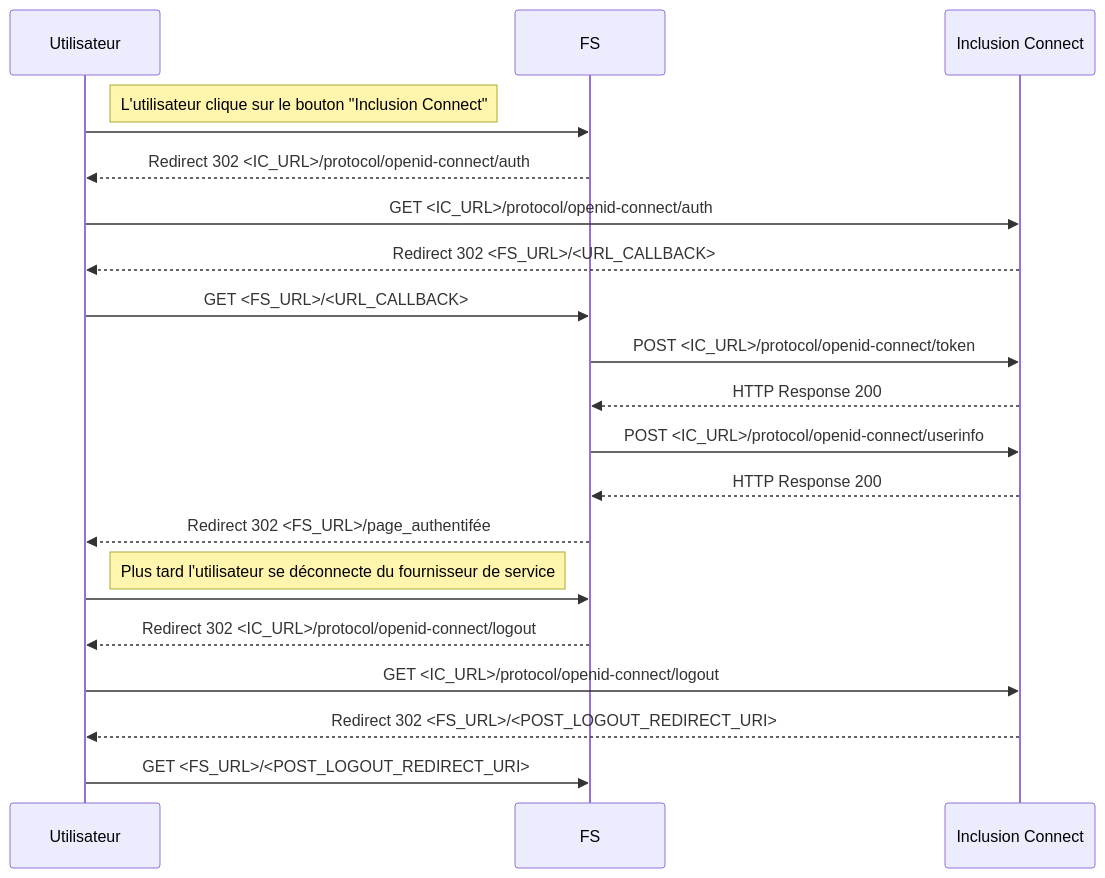
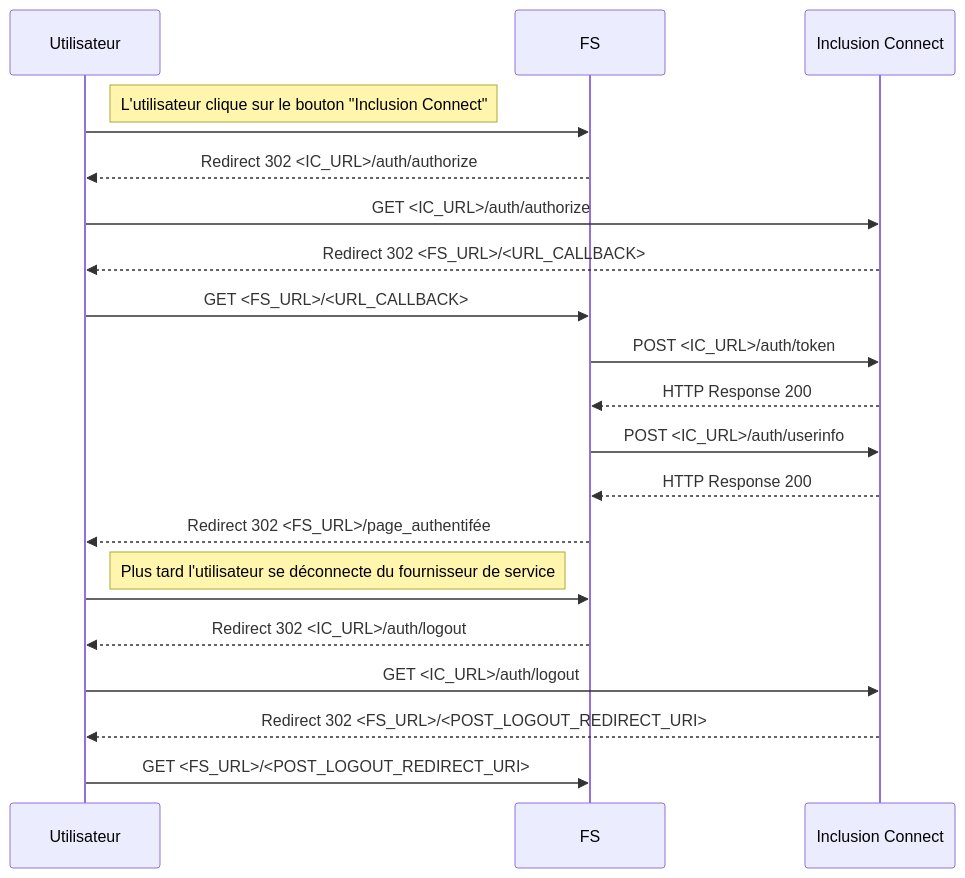
One commit to gip-inclusion/inclusion-connect changed the diagram in docs/inclusion_connect.md. Above: the diagram before and after it, drawn with Mermaid. The commit also changed other lines of this file and 16 other files, not shown here.

````diff
--- a/docs/inclusion_connect.md
+++ b/docs/inclusion_connect.md
@@ -25,20 +30,20 @@
 ```mermaid
 sequenceDiagram
 Note right of Utilisateur: L'utilisateur clique sur le bouton "Inclusion Connect"
 Utilisateur ->> FS: ;
-FS -->> Utilisateur: Redirect 302 <IC_URL>/protocol/openid-connect/auth
-Utilisateur ->> Inclusion Connect: GET <IC_URL>/protocol/openid-connect/auth
+FS -->> Utilisateur: Redirect 302 <IC_URL>/auth/authorize
+Utilisateur ->> Inclusion Connect: GET <IC_URL>/auth/authorize
 Inclusion Connect -->> Utilisateur: Redirect 302 <FS_URL>/<URL_CALLBACK>
 Utilisateur ->> FS: GET <FS_URL>/<URL_CALLBACK>
-FS ->> Inclusion Connect: POST <IC_URL>/protocol/openid-connect/token
+FS ->> Inclusion Connect: POST <IC_URL>/auth/token
 Inclusion Connect -->> FS: HTTP Response 200
-FS ->> Inclusion Connect: POST <IC_URL>/protocol/openid-connect/userinfo
+FS ->> Inclusion Connect: POST <IC_URL>/auth/userinfo
 Inclusion Connect -->> FS: HTTP Response 200
 FS -->> Utilisateur: Redirect 302 <FS_URL>/page_authentifée
 Note right of Utilisateur: Plus tard l'utilisateur se déconnecte du fournisseur de service
 Utilisateur ->> FS: ;
-FS -->> Utilisateur: Redirect 302 <IC_URL>/protocol/openid-connect/logout
-Utilisateur ->> Inclusion Connect: GET <IC_URL>/protocol/openid-connect/logout
+FS -->> Utilisateur: Redirect 302 <IC_URL>/auth/logout
+Utilisateur ->> Inclusion Connect: GET <IC_URL>/auth/logout
 Inclusion Connect -->> Utilisateur: Redirect 302 <FS_URL>/<POST_LOGOUT_REDIRECT_URI>
 Utilisateur ->> FS: GET <FS_URL>/<POST_LOGOUT_REDIRECT_URI>
 ```
````
